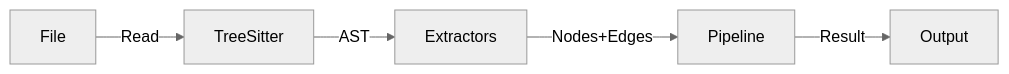
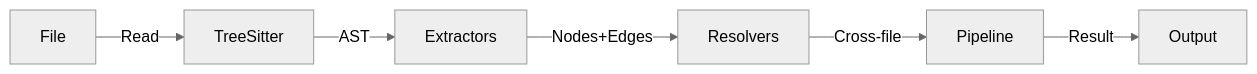
One commit to willFreed1/nomik changed the diagram in documentations/technical/parser/README.md. Above: the diagram before and after it, drawn with Mermaid (neutral theme). The commit also changed other lines of this file and 19 other files, not shown here.

````diff
--- a/documentations/technical/parser/README.md
+++ b/documentations/technical/parser/README.md
@@ -19,7 +19,8 @@
 ```mermaid
 graph LR
     File -->|Read| TreeSitter
     TreeSitter -->|AST| Extractors
-    Extractors -->|Nodes+Edges| Pipeline
+    Extractors -->|Nodes+Edges| Resolvers
+    Resolvers -->|Cross-file| Pipeline
     Pipeline -->|Result| Output
 ```
````
